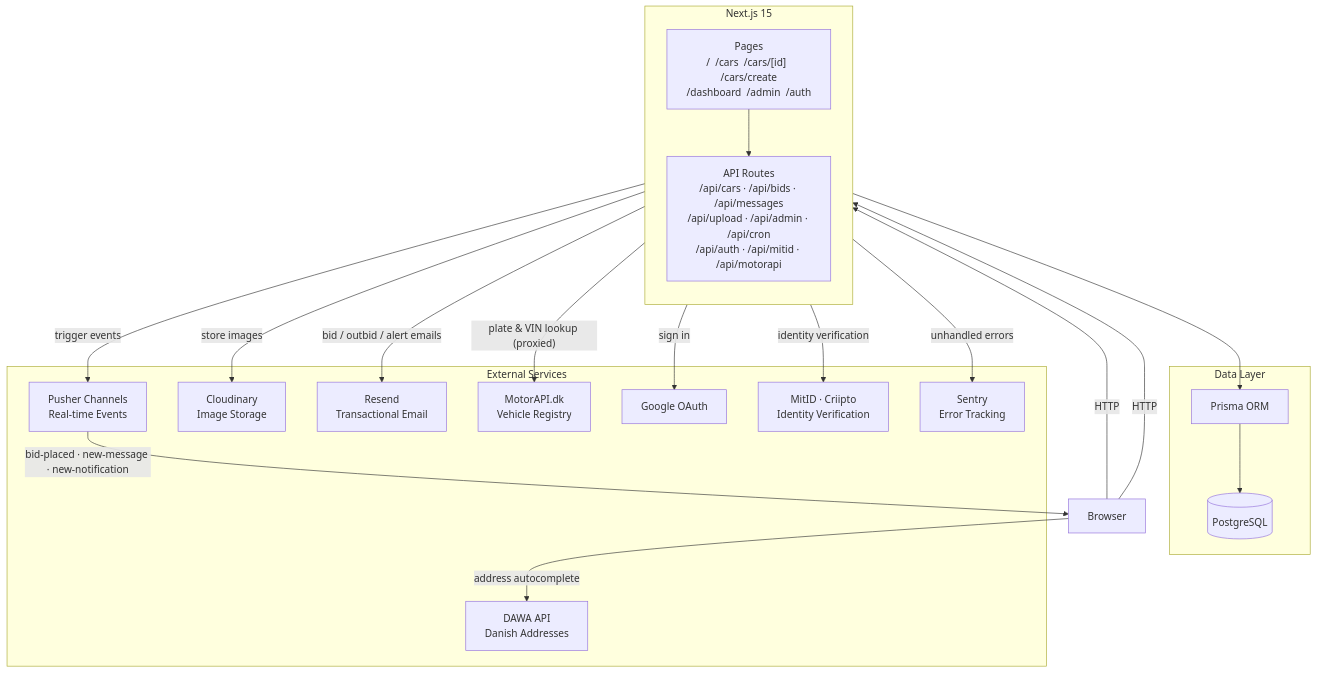
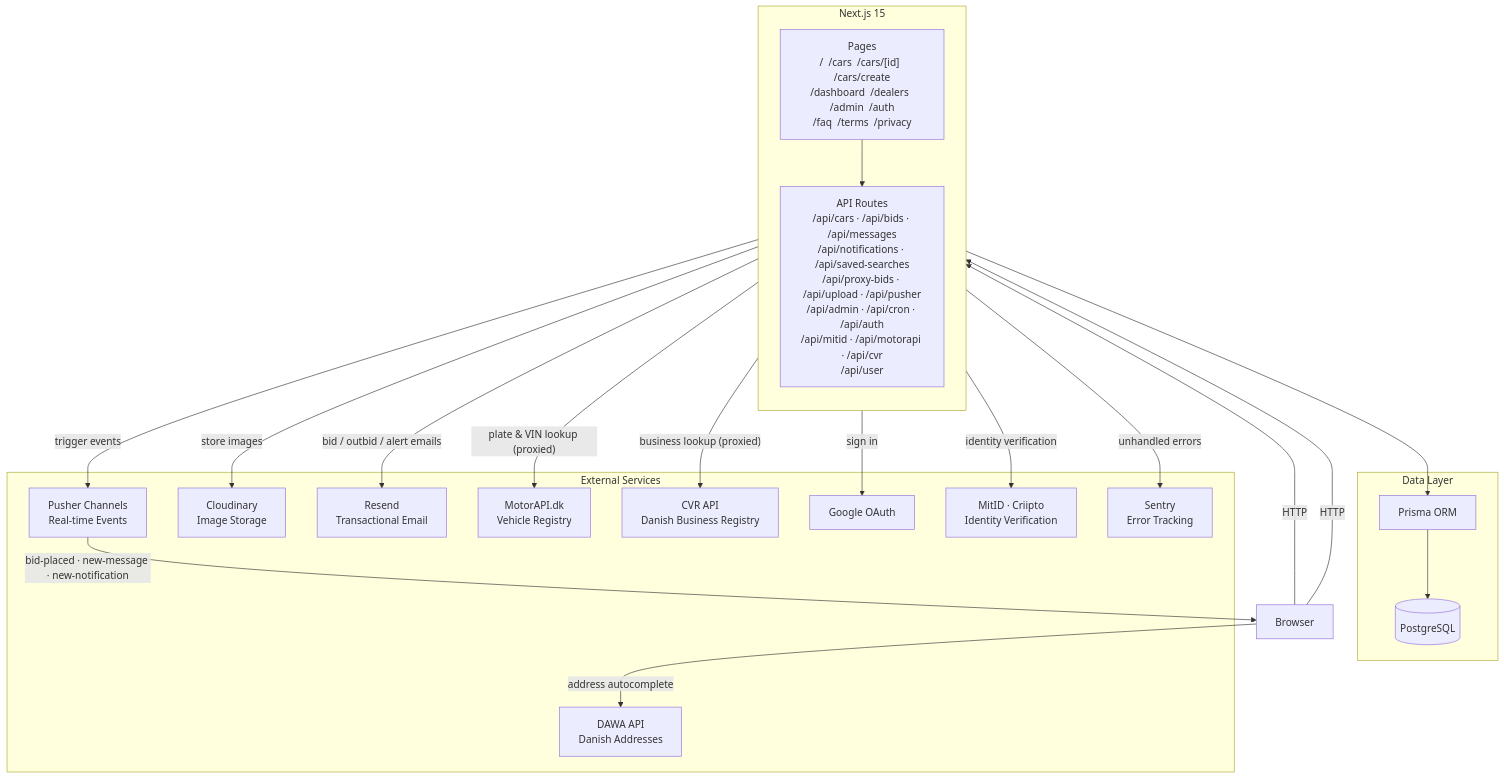
One commit to JVDZMN/next-auction changed the diagram in README.md. Above: the diagram before and after it, drawn with Mermaid. The commit also changed other lines of this file and 25 other files, not shown here.

````diff
--- a/README.md
+++ b/README.md
@@ -51,43 +51,45 @@
 ```mermaid
 graph TD
     Browser["Browser"]
 
     subgraph nextjs["Next.js 15"]
         direction TB
-        Pages["Pages\n/  /cars  /cars/[id]  /cars/create\n/dashboard  /admin  /auth"]
-        API["API Routes\n/api/cars · /api/bids · /api/messages\n/api/upload · /api/admin · /api/cron\n/api/auth · /api/mitid · /api/motorapi"]
+        Pages["Pages\n/  /cars  /cars/[id]  /cars/create\n/dashboard  /dealers  /admin  /auth\n/faq  /terms  /privacy"]
+        API["API Routes\n/api/cars · /api/bids · /api/messages\n/api/notifications · /api/saved-searches\n/api/proxy-bids · /api/upload · /api/pusher\n/api/admin · /api/cron · /api/auth\n/api/mitid · /api/motorapi · /api/cvr\n/api/user"]
     end
 
     subgraph data["Data Layer"]
         Prisma["Prisma ORM"]
         DB[("PostgreSQL")]
     end
 
     subgraph external["External Services"]
         Pusher["Pusher Channels\nReal-time Events"]
         Cloudinary["Cloudinary\nImage Storage"]
         Resend["Resend\nTransactional Email"]
         MotorDK["MotorAPI.dk\nVehicle Registry"]
         DAWA["DAWA API\nDanish Addresses"]
+        CVR["CVR API\nDanish Business Registry"]
         GoogleOAuth["Google OAuth"]
         MitID["MitID · Criipto\nIdentity Verification"]
         Sentry["Sentry\nError Tracking"]
     end
 
     Browser -- "HTTP" --> Pages
     Browser -- "HTTP" --> API
     Browser -- "address autocomplete" --> DAWA
 
     Pages --> API
     API --> Prisma
     Prisma --> DB
 
     API -- "trigger events" --> Pusher
     Pusher -- "bid-placed · new-message · new-notification" --> Browser
     API -- "store images" --> Cloudinary
     API -- "bid / outbid / alert emails" --> Resend
     API -- "plate & VIN lookup (proxied)" --> MotorDK
+    API -- "business lookup (proxied)" --> CVR
     API -- "sign in" --> GoogleOAuth
     API -- "identity verification" --> MitID
     API -- "unhandled errors" --> Sentry
 ```
````
